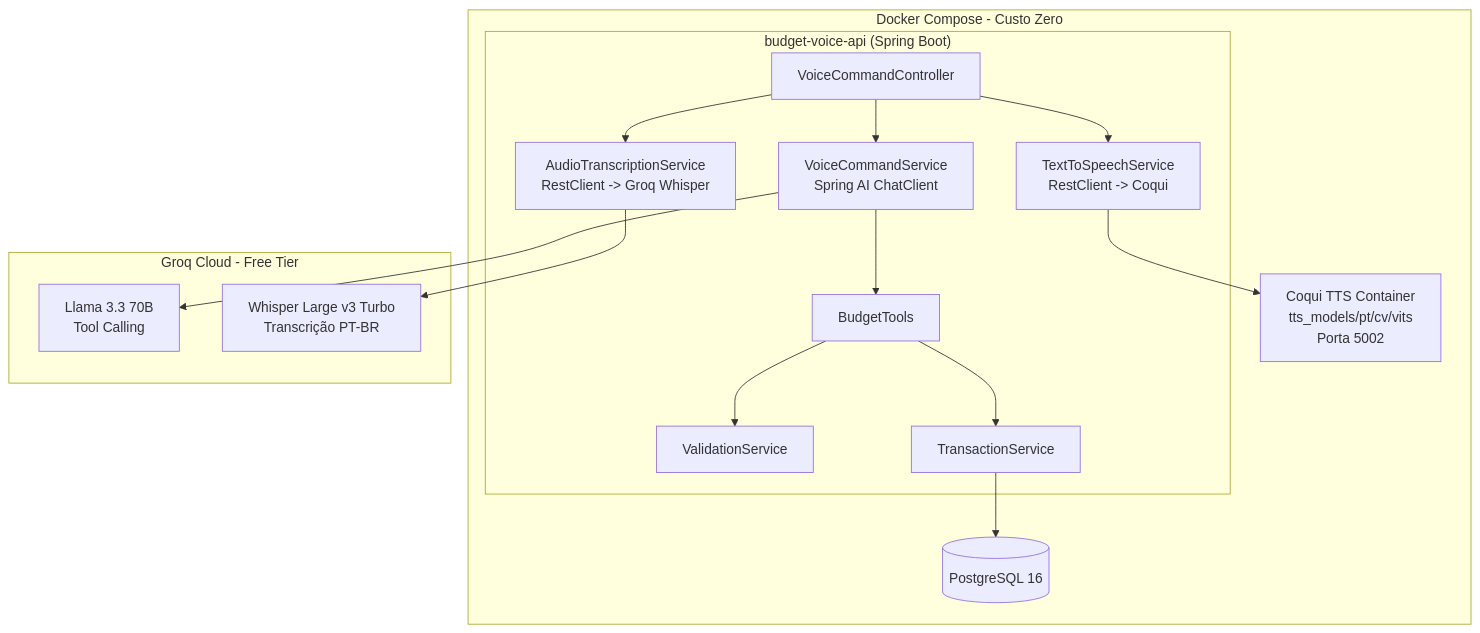
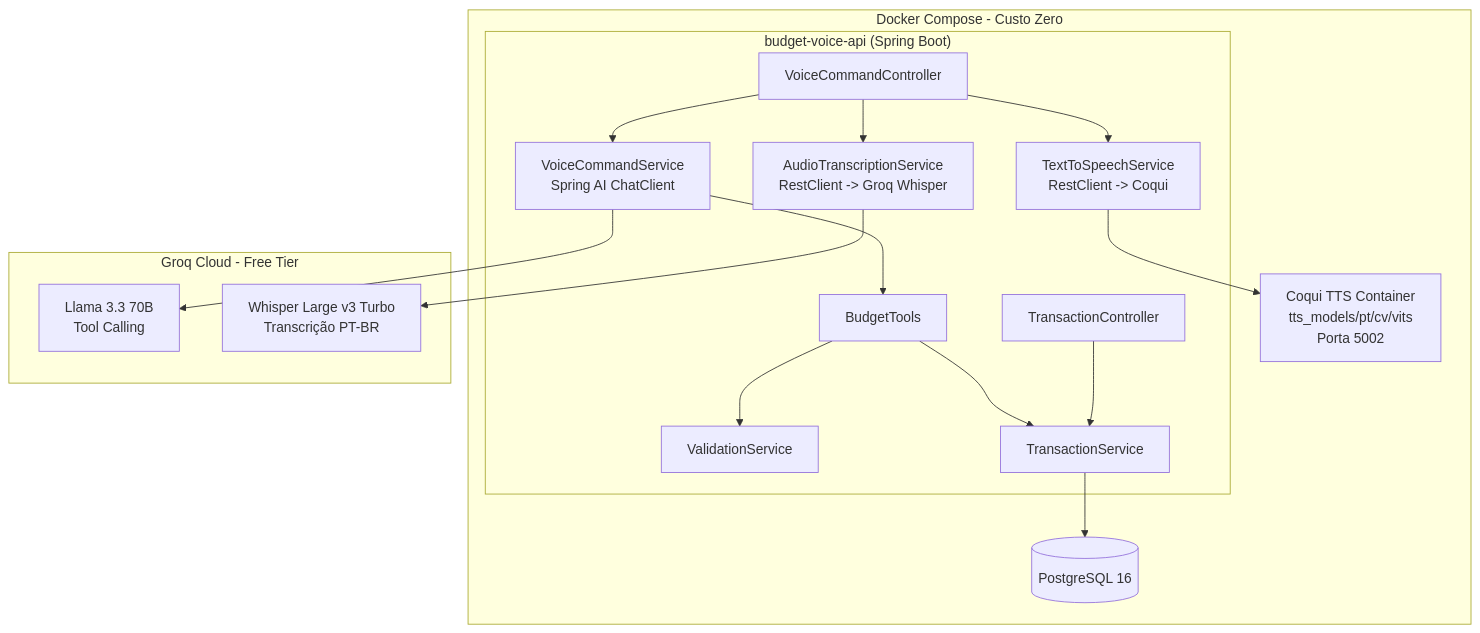
One commit to DessimA/budget-voice-api changed the diagram in docs/architecture.md. Above: the diagram before and after it, drawn with Mermaid. The commit also changed other lines of this file and 1 other file, not shown here.

Commit message:
docs: update architecture diagram and controller docs for SRP split

````diff
--- a/docs/architecture.md
+++ b/docs/architecture.md
@@ -5,32 +5,34 @@
 ```mermaid
 graph TB
     subgraph Docker["Docker Compose - Custo Zero"]
         subgraph API["budget-voice-api (Spring Boot)"]
-            CTL[VoiceCommandController]
+            CTL_VOICE[VoiceCommandController]
+            CTL_TX[TransactionController]
             ATS[AudioTranscriptionService\nRestClient -> Groq Whisper]
             VCS[VoiceCommandService\nSpring AI ChatClient]
             TTS_SVC[TextToSpeechService\nRestClient -> Coqui]
             VS[ValidationService]
             TS[TransactionService]
             BT[BudgetTools]
         end
         PG[(PostgreSQL 16)]
         COQUI[Coqui TTS Container\ntts_models/pt/cv/vits\nPorta 5002]
     end
 
     subgraph Groq["Groq Cloud - Free Tier"]
         LLM[Llama 3.3 70B\nTool Calling]
         WHISPER[Whisper Large v3 Turbo\nTranscrição PT-BR]
     end
 
-    CTL --> ATS
-    CTL --> VCS
-    CTL --> TTS_SVC
+    CTL_VOICE --> ATS
+    CTL_VOICE --> VCS
+    CTL_VOICE --> TTS_SVC
+    CTL_TX --> TS
     VCS --> BT
     BT --> VS
     BT --> TS
     TS --> PG
     ATS --> WHISPER
     VCS --> LLM
     TTS_SVC --> COQUI
 ```
````
